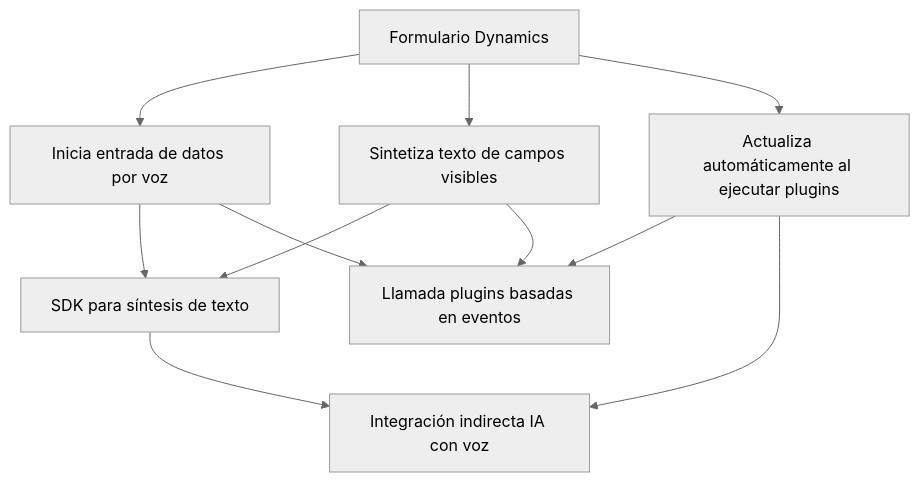
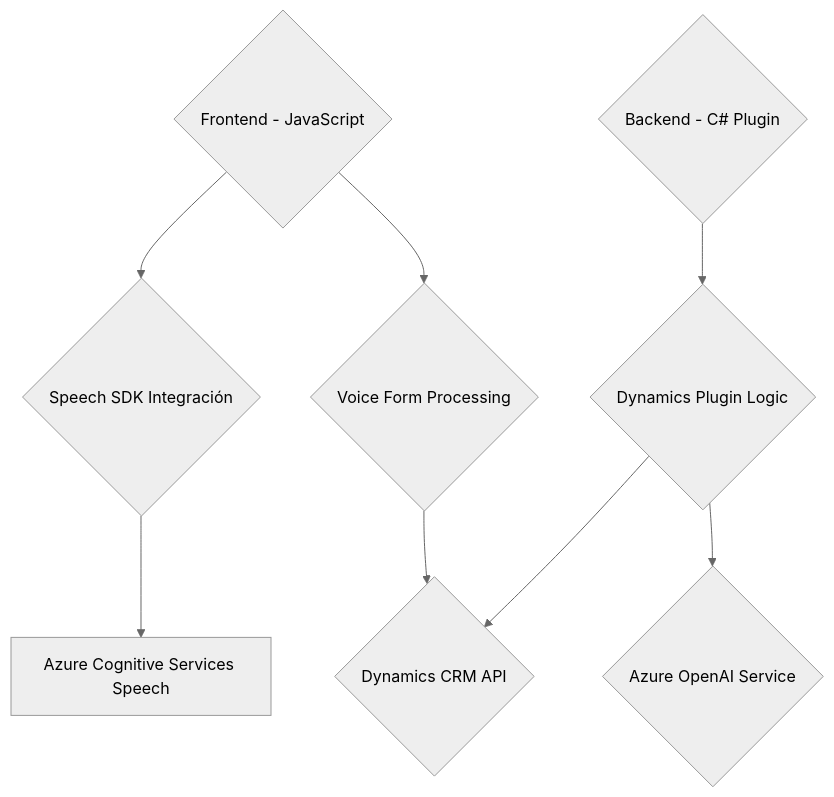
The diagram in README.md (blopezdm/NETCORE_BILBAO2025), drawn with Mermaid (neutral theme) before and after one commit. The commit also changed other lines of this file, not shown here.

Commit message:
Actualizar análisis global de la solución con IA

````diff
--- a/README.md
+++ b/README.md
@@ -55,21 +61,19 @@
 ```mermaid
 graph TD
-  A["Frontend voiceInputHandler.js"]
-  B["Frontend readForm.js"]
-  C["Backend TransformTextWithAzureAI.cs"]
-  D["Azure Speech SDK"]
-  E["Azure OpenAI"]
-  F["Microsoft Dynamics API"]
-  G["Formulario Dynamics"]
-  
-  A --> D["SDK para captura voz y síntesis"]
-  A --> F["Llamadas API Dynamics (CRUD)"]
-  B --> D["SDK para síntesis de texto"]
-  B --> F["Obtención campos visibles de formulario"]
-  C --> F["Llamada plugins basadas en eventos"]
-  C --> E["Transformación texto usando normas específicas"]
-  D --> E["Integración indirecta IA con voz"]
-  G --> A["Inicia entrada de datos por voz"]
-  G --> B["Sintetiza texto de campos visibles"]
-  G --> C["Actualiza automáticamente al ejecutar plugins"]
+    A{"Frontend - JavaScript"}
+    B{"Speech SDK Integración"}
+    C{"Voice Form Processing"}
+    D["Azure Cognitive Services Speech"]
+    E{"Backend - C# Plugin"}
+    F{"Dynamics Plugin Logic"}
+    G{"Azure OpenAI Service"}
+    H{"Dynamics CRM API"}
+    
+    A-->B
+    B-->D
+    A-->C
+    C-->H
+    E-->F
+    F-->G
+    F-->H
 ```
````
